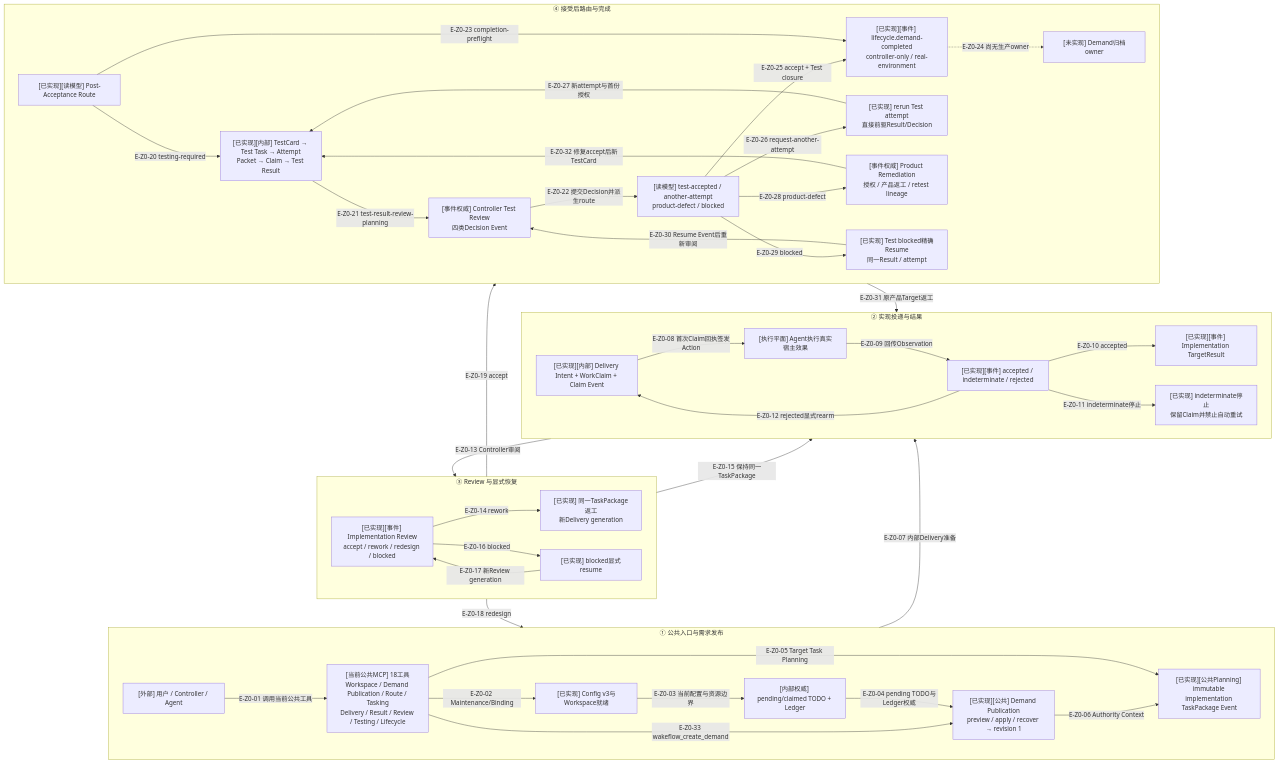
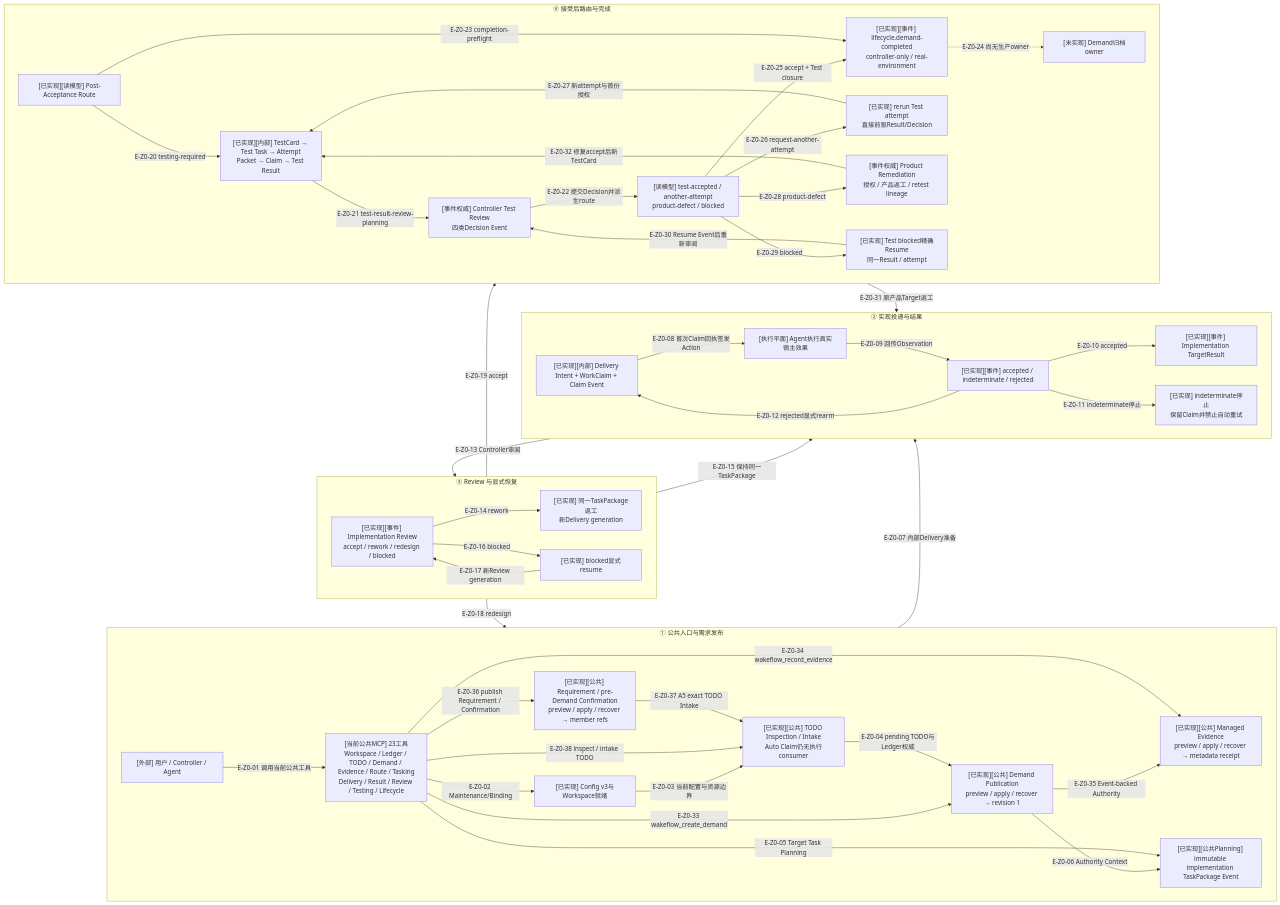
The diagram in wakeflow-architecture-atlas/maps/10-end-to-end-business-flow/README.md (GxFn/Wakeflow), drawn with Mermaid before and after one commit. The commit also changed other lines of this file and 26 other files, not shown here.

Commit message:
docs: synchronize Wakeflow architecture atlas

````diff
--- a/wakeflow-architecture-atlas/maps/10-end-to-end-business-flow/README.md
+++ b/wakeflow-architecture-atlas/maps/10-end-to-end-business-flow/README.md
@@ -66,15 +67,17 @@
 ```mermaid
 flowchart TB
   accTitle: Wakeflow从需求进入到实现返工条件测试和完成的端到端业务流程
-  accDescr: Workspace经公开Maintenance/Binding准备，wakeflow_create_demand以preview和精确apply发布Demand后claim TODO，或按sidecar显式recover。十八个公共工具按Route完成implementation/test Planning、Delivery、Result、Review、rerun、Remediation/retest和两种Completion；Agent独立执行宿主效果。Archive仍缺失，Research Completion和Implementation Redesign保持显式blocker。
+  accDescr: Workspace经公开Maintenance/Binding准备，Ledger工具发布Requirement/Confirmation，TODO工具提供有界Inspection与exact Intake，wakeflow_create_demand只从该Intake Authority发布Demand。二十三个公共工具按Route完成implementation/test Planning、Delivery、Result、Review、rerun、Remediation/retest和Completion；Archive仍缺失，Agent独立执行宿主效果。
 
   subgraph SETUP["① 公共入口与需求发布"]
     direction LR
     ACTOR["[外部] 用户 / Controller / Agent"]
-    PUBLIC["[当前公共MCP] 18工具\nWorkspace / Demand Publication / Route / Tasking\nDelivery / Result / Review / Testing / Lifecycle"]
+    PUBLIC["[当前公共MCP] 23工具\nWorkspace / Ledger / TODO / Demand / Evidence / Route / Tasking\nDelivery / Result / Review / Testing / Lifecycle"]
     WORKSPACE["[已实现] Config v3与Workspace就绪"]
-    TODO["[内部权威] pending/claimed TODO + Ledger"]
+    LEDGER["[已实现][公共] Requirement / pre-Demand Confirmation\npreview / apply / recover → member refs"]
+    TODO["[已实现][公共] TODO Inspection / Intake\nAuto Claim仍无执行consumer"]
     DEMAND["[已实现][公共] Demand Publication\npreview / apply / recover → revision 1"]
+    EVIDENCE["[已实现][公共] Managed Evidence\npreview / apply / recover → metadata receipt"]
     PACKAGE["[已实现][公共Planning] immutable implementation TaskPackage Event"]
   end
 
@@ -109,9 +112,14 @@
 
   ACTOR -->|"E-Z0-01 调用当前公共工具"| PUBLIC
   PUBLIC -->|"E-Z0-02 Maintenance/Binding"| WORKSPACE
+  PUBLIC -->|"E-Z0-36 publish Requirement / Confirmation"| LEDGER
+  LEDGER -->|"E-Z0-37 A5 exact TODO Intake"| TODO
+  PUBLIC -->|"E-Z0-38 inspect / intake TODO"| TODO
   WORKSPACE -->|"E-Z0-03 当前配置与资源边界"| TODO
   TODO -->|"E-Z0-04 pending TODO与Ledger权威"| DEMAND
   PUBLIC -->|"E-Z0-33 wakeflow_create_demand"| DEMAND
+  PUBLIC -->|"E-Z0-34 wakeflow_record_evidence"| EVIDENCE
+  DEMAND -->|"E-Z0-35 Event-backed Authority"| EVIDENCE
   PUBLIC -->|"E-Z0-05 Target Task Planning"| PACKAGE
   DEMAND -->|"E-Z0-06 Authority Context"| PACKAGE
   PACKAGE -->|"E-Z0-07 内部Delivery准备"| DELIVERY
````
